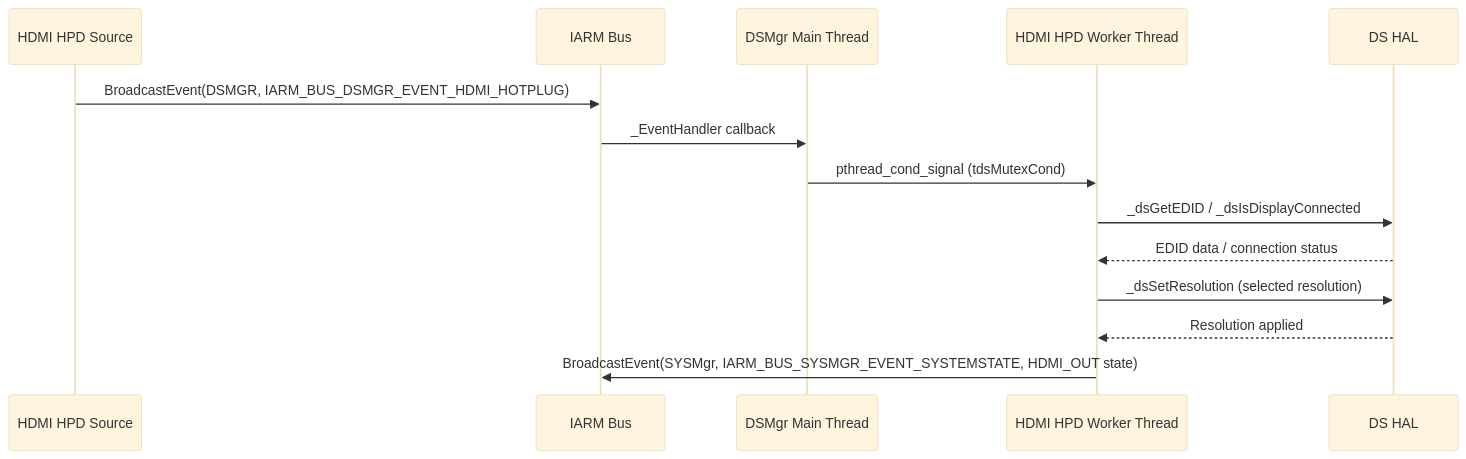
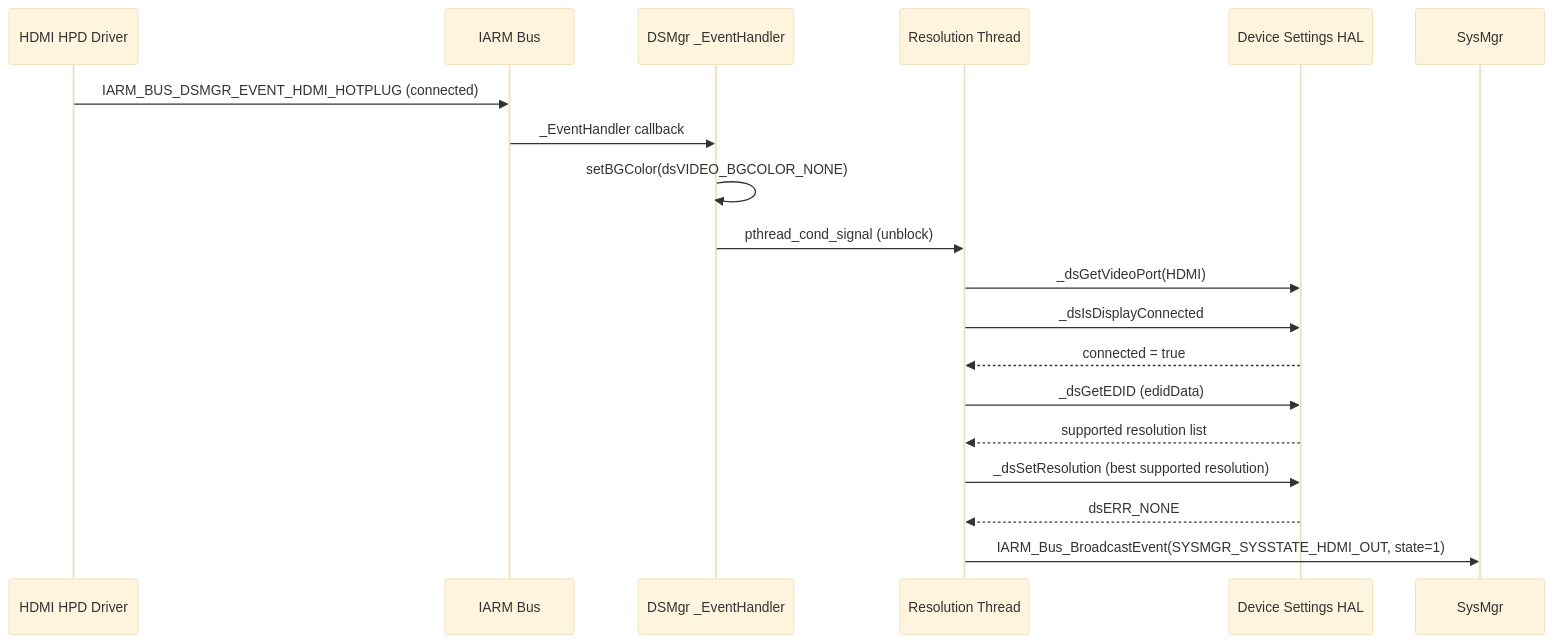
Before and after one commit to rns21/RDK_Documentation: the fifth of 7 diagrams in docs/docu/RDKV-Documentations/iarmmgrs.md, drawn with Mermaid (base theme). The commit also changed other lines of this file, not shown here.

````diff
--- a/docs/docu/RDKV-Documentations/iarmmgrs.md
+++ b/docs/docu/RDKV-Documentations/iarmmgrs.md
@@ -279,17 +282,22 @@
 ```mermaid
 sequenceDiagram
-    participant HPD as HDMI HPD Source
+    participant HAL as HDMI HPD Driver
     participant IARM as IARM Bus
-    participant DSMgr as DSMgr Main Thread
-    participant HPDThread as HDMI HPD Worker Thread
-    participant DSHAL as DS HAL
+    participant DSMgr as DSMgr _EventHandler
+    participant ResnThread as Resolution Thread
+    participant DS as Device Settings HAL
+    participant SYSMgr as SysMgr
 
-    HPD->>IARM: BroadcastEvent(DSMGR, IARM_BUS_DSMGR_EVENT_HDMI_HOTPLUG)
+    HAL->>IARM: IARM_BUS_DSMGR_EVENT_HDMI_HOTPLUG (connected)
     IARM->>DSMgr: _EventHandler callback
-    DSMgr->>HPDThread: pthread_cond_signal (tdsMutexCond)
-    HPDThread->>DSHAL: _dsGetEDID / _dsIsDisplayConnected
-    DSHAL-->>HPDThread: EDID data / connection status
-    HPDThread->>DSHAL: _dsSetResolution (selected resolution)
-    DSHAL-->>HPDThread: Resolution applied
-    HPDThread->>IARM: BroadcastEvent(SYSMgr, IARM_BUS_SYSMGR_EVENT_SYSTEMSTATE, HDMI_OUT state)
+    DSMgr->>DSMgr: setBGColor(dsVIDEO_BGCOLOR_NONE)
+    DSMgr->>ResnThread: pthread_cond_signal (unblock)
+    ResnThread->>DS: _dsGetVideoPort(HDMI)
+    ResnThread->>DS: _dsIsDisplayConnected
+    DS-->>ResnThread: connected = true
+    ResnThread->>DS: _dsGetEDID (edidData)
+    DS-->>ResnThread: supported resolution list
+    ResnThread->>DS: _dsSetResolution (best supported resolution)
+    DS-->>ResnThread: dsERR_NONE
+    ResnThread->>SYSMgr: IARM_Bus_BroadcastEvent(SYSMGR_SYSSTATE_HDMI_OUT, state=1)
 ```
````
